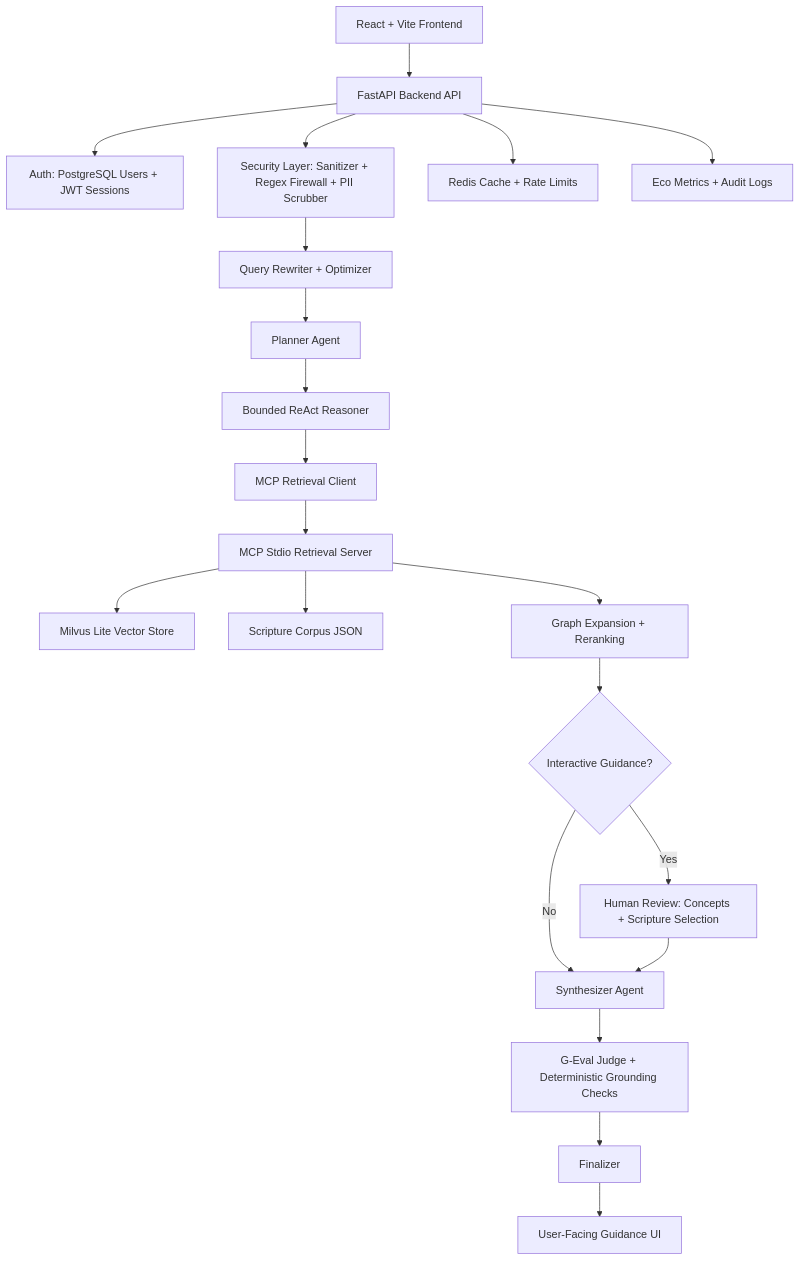
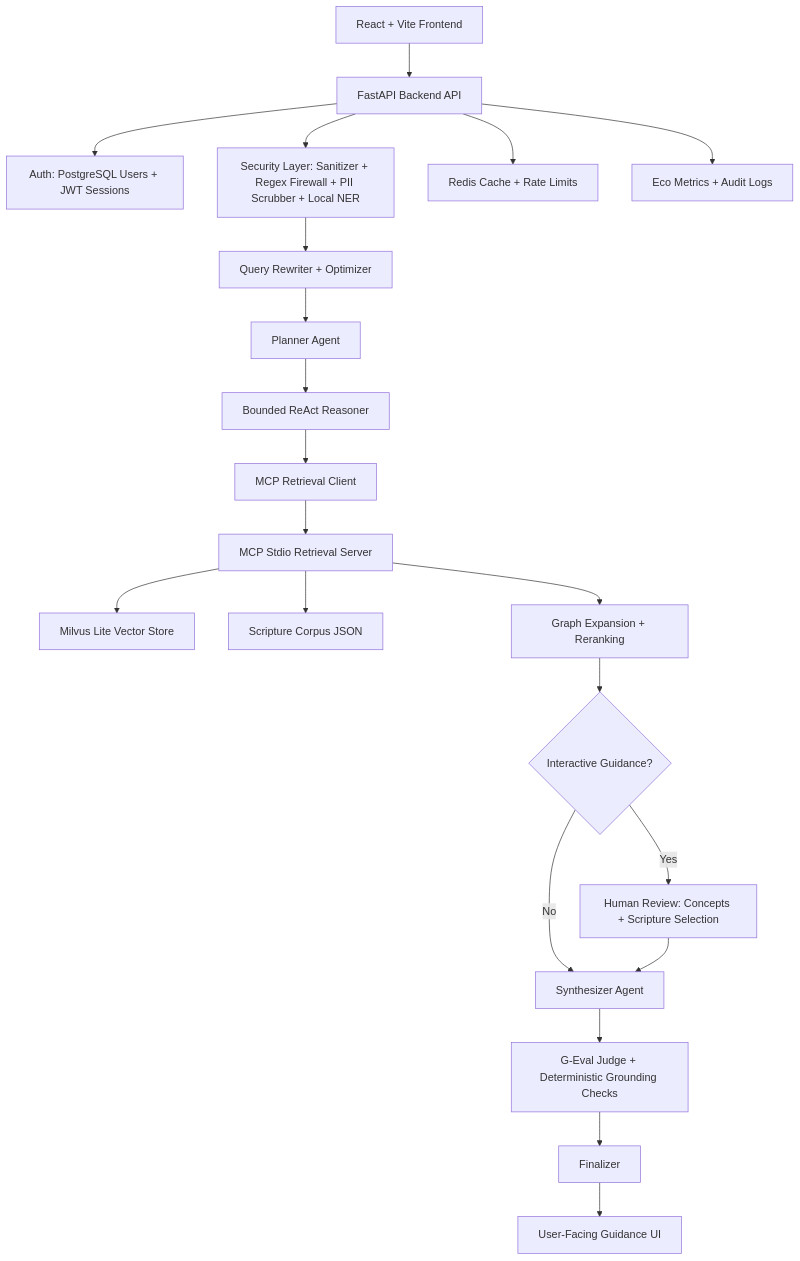
One commit to laxmivgk/Anayaa.AI changed the diagram in README.md. Above: the diagram before and after it, drawn with Mermaid. The commit also changed other lines of this file and 30 other files, not shown here.

````diff
--- a/README.md
+++ b/README.md
@@ -121,29 +124,29 @@
 ```mermaid
 flowchart TD
     A["React + Vite Frontend"] --> B["FastAPI Backend API"]
 
     B --> C["Auth: PostgreSQL Users + JWT Sessions"]
-    B --> D["Security Layer: Sanitizer + Regex Firewall + PII Scrubber"]
+    B --> D["Security Layer: Sanitizer + Regex Firewall + PII Scrubber + Local NER"]
     D --> E["Query Rewriter + Optimizer"]
     E --> F["Planner Agent"]
 
     F --> G["Bounded ReAct Reasoner"]
     G --> H["MCP Retrieval Client"]
     H --> I["MCP Stdio Retrieval Server"]
 
     I --> J["Milvus Lite Vector Store"]
     I --> K["Scripture Corpus JSON"]
     I --> L["Graph Expansion + Reranking"]
 
     L --> M{"Interactive Guidance?"}
     M -->|Yes| N["Human Review: Concepts + Scripture Selection"]
     M -->|No| O["Synthesizer Agent"]
 
     N --> O
     O --> P["G-Eval Judge + Deterministic Grounding Checks"]
     P --> Q["Finalizer"]
     Q --> R["User-Facing Guidance UI"]
 
     B --> S["Redis Cache + Rate Limits"]
     B --> T["Eco Metrics + Audit Logs"]
 ```
````
